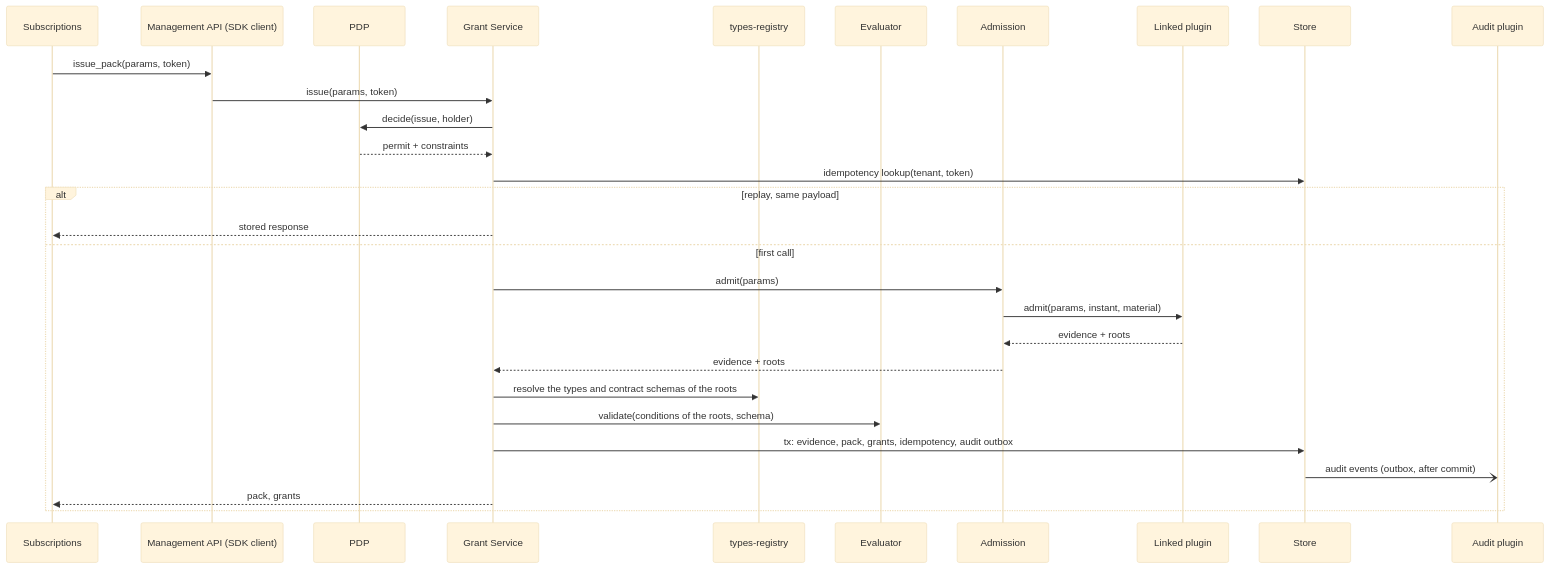
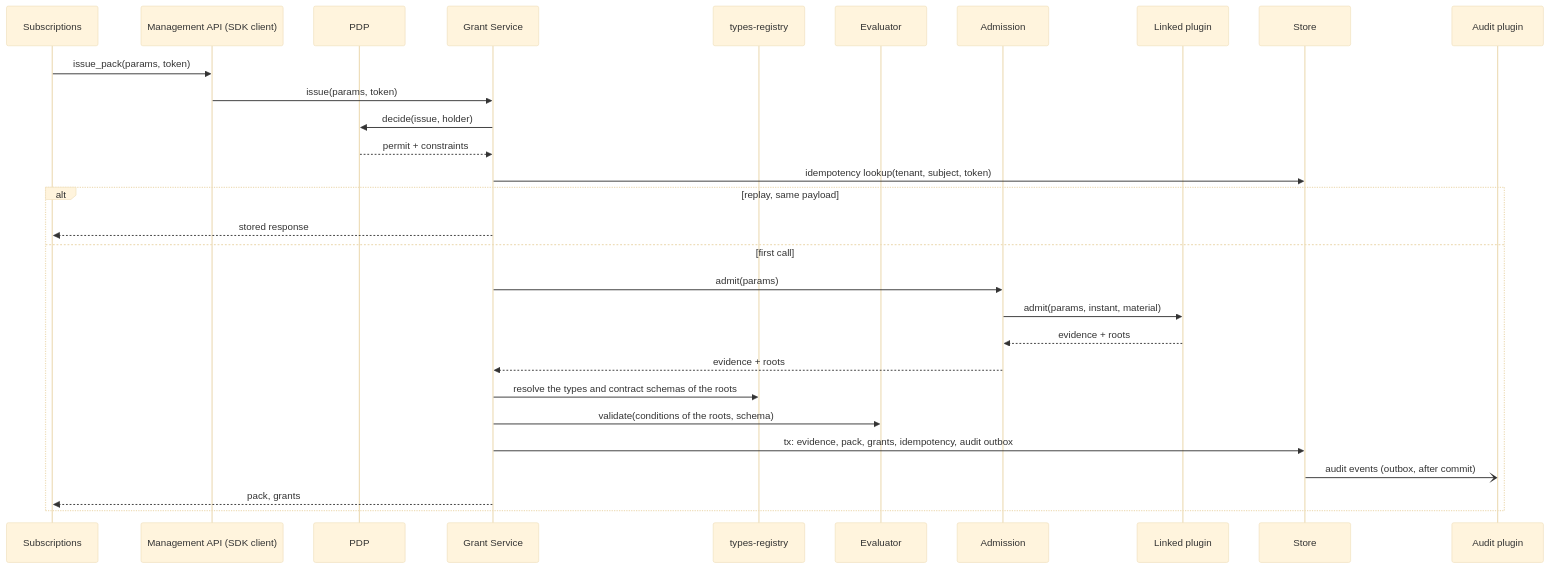
The fourth of 5 diagrams in gears/system/license-enforcement/docs/DESIGN.md (constructorfabric/gears-rust), drawn with Mermaid (base theme) before and after one commit. The commit also changed other lines of this file and 46 other files, not shown here.

````diff
--- a/gears/system/license-enforcement/docs/DESIGN.md
+++ b/gears/system/license-enforcement/docs/DESIGN.md
@@ -881,31 +946,31 @@
 ```mermaid
 sequenceDiagram
     participant B as Subscriptions
     participant API as Management API (SDK client)
     participant P as PDP
     participant G as Grant Service
     participant TR as types-registry
     participant E as Evaluator
     participant AD as Admission
     participant PL as Linked plugin
     participant S as Store
     participant AU as Audit plugin
     B ->> API: issue_pack(params, token)
     API ->> G: issue(params, token)
     G ->> P: decide(issue, holder)
     P -->> G: permit + constraints
-    G ->> S: idempotency lookup(tenant, token)
+    G ->> S: idempotency lookup(tenant, subject, token)
     alt replay, same payload
         G -->> B: stored response
     else first call
         G ->> AD: admit(params)
         AD ->> PL: admit(params, instant, material)
         PL -->> AD: evidence + roots
         AD -->> G: evidence + roots
         G ->> TR: resolve the types and contract schemas of the roots
         G ->> E: validate(conditions of the roots, schema)
         G ->> S: tx: evidence, pack, grants, idempotency, audit outbox
         S -) AU: audit events (outbox, after commit)
         G -->> B: pack, grants
     end
 ```
````
